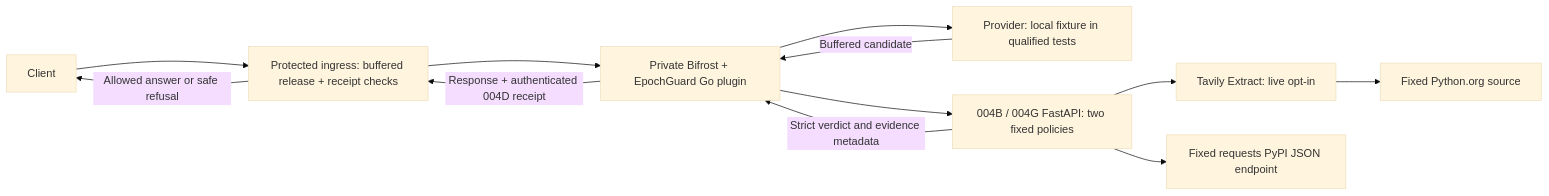
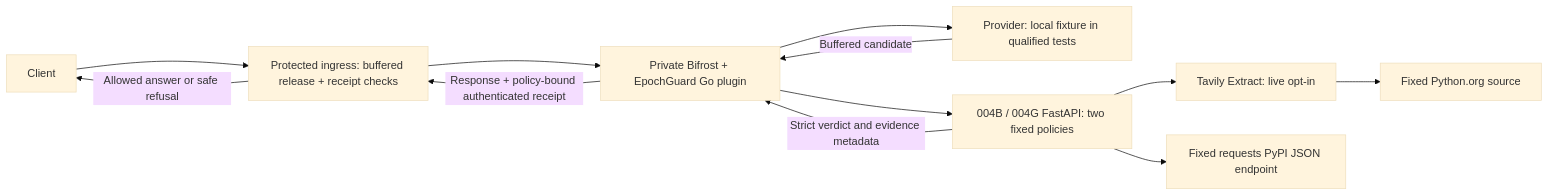
The diagram in README.md (aditya6927/epochguard), drawn with Mermaid (base theme) before and after one commit. The commit also changed other lines of this file and 20 other files, not shown here.

Commit message:
fix(ingress): harden protected prose receipt enforcement

````diff
--- a/README.md
+++ b/README.md
@@ -21,14 +21,14 @@
 ```mermaid
 flowchart LR
     Client --> Ingress["Protected ingress: buffered release + receipt checks"]
     Ingress --> Gateway["Private Bifrost + EpochGuard Go plugin"]
     Gateway --> Provider["Provider: local fixture in qualified tests"]
     Provider -->|Buffered candidate| Gateway
     Gateway --> Verifier["004B / 004G FastAPI: two fixed policies"]
     Verifier --> Tavily["Tavily Extract: live opt-in"]
     Tavily --> Source["Fixed Python.org source"]
     Verifier --> PyPI["Fixed requests PyPI JSON endpoint"]
     Verifier -->|Strict verdict and evidence metadata| Gateway
-    Gateway -->|Response + authenticated 004D receipt| Ingress
+    Gateway -->|Response + policy-bound authenticated receipt| Ingress
     Ingress -->|Allowed answer or safe refusal| Client
 ```
````
